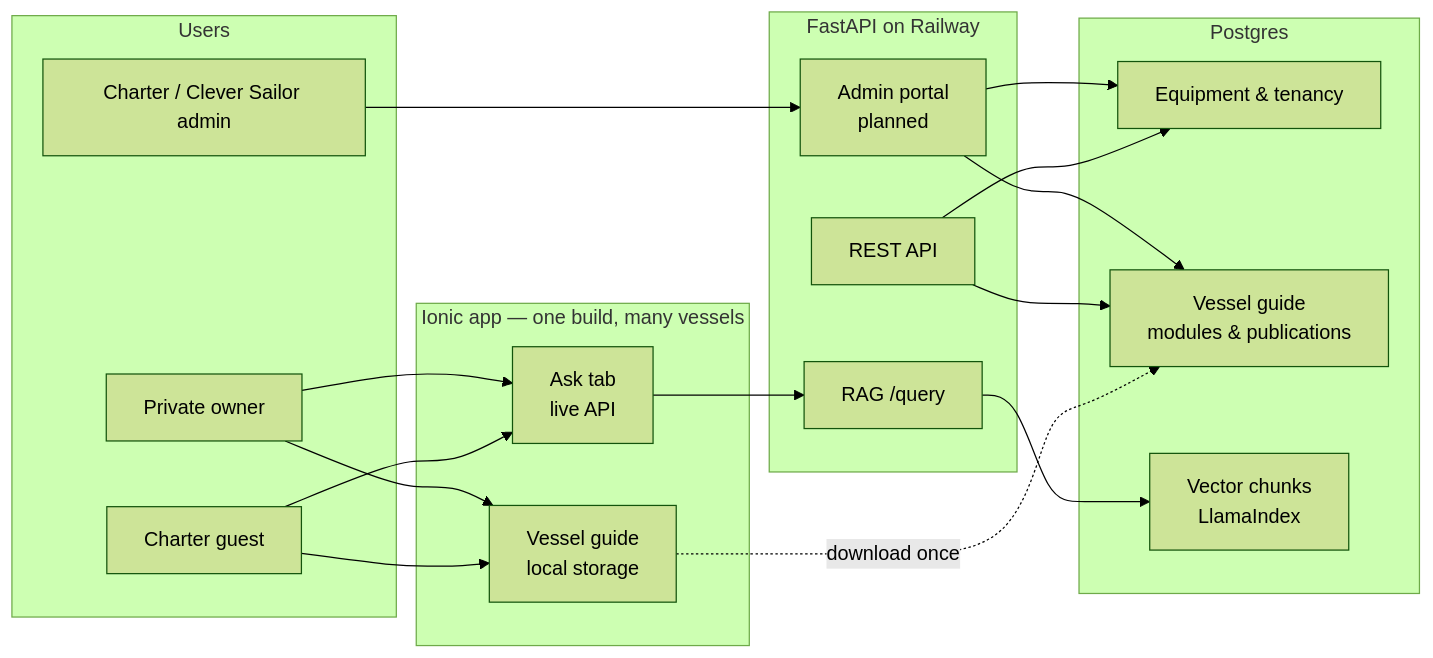
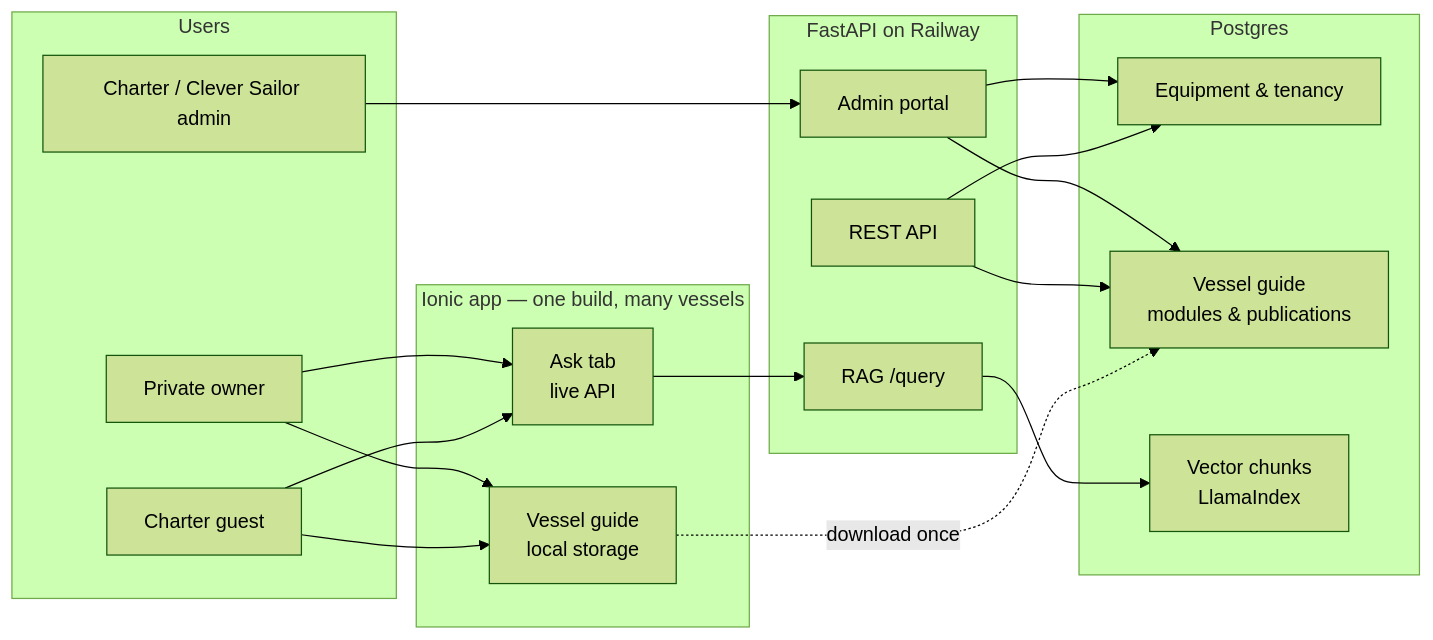
Before and after one commit to ilopata1/cattitude: the diagram in README.md, drawn with Mermaid (forest theme). The commit also changed other lines of this file and 21 other files, not shown here.

````diff
--- a/README.md
+++ b/README.md
@@ -29,38 +29,38 @@
 ```mermaid
 flowchart LR
   subgraph users [Users]
     G[Charter guest]
     O[Private owner]
     A[Charter / Clever Sailor admin]
   end
 
   subgraph client [Ionic app — one build, many vessels]
     GUIDE[Vessel guide\nlocal storage]
     ASK[Ask tab\nlive API]
   end
 
   subgraph backend [FastAPI on Railway]
     API[REST API]
     RAG[RAG /query]
-    ADMIN[Admin portal\nplanned]
+    ADMIN[Admin portal]
   end
 
   subgraph data [Postgres]
     EQ[Equipment & tenancy]
     VG[Vessel guide\nmodules & publications]
     VEC[Vector chunks\nLlamaIndex]
   end
 
   G --> GUIDE
   G --> ASK
   O --> GUIDE
   O --> ASK
   A --> ADMIN
   GUIDE -.->|download once| VG
   ASK --> RAG
   RAG --> VEC
   API --> EQ
   API --> VG
   ADMIN --> EQ
   ADMIN --> VG
 ```
````
